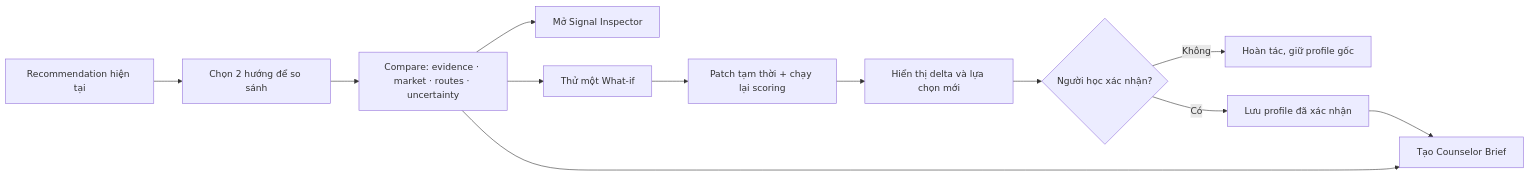
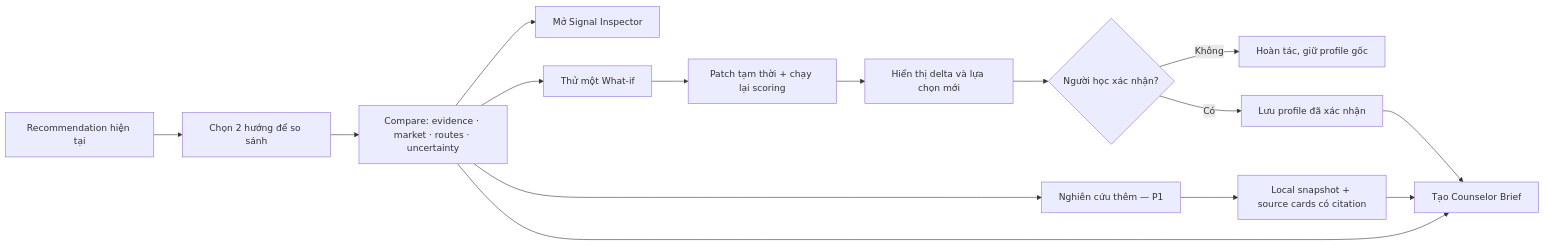
Before and after one commit to MRXz194/TitanHack_Careercompass: the first of 2 diagrams in docs/next/DAY3_PLAN.md, drawn with Mermaid. The commit also changed other lines of this file and 5 other files, not shown here.

````diff
--- a/docs/next/DAY3_PLAN.md
+++ b/docs/next/DAY3_PLAN.md
@@ -56,14 +71,17 @@
 ```mermaid
 flowchart LR
     A["Recommendation hiện tại"] --> B["Chọn 2 hướng để so sánh"]
     B --> C["Compare: evidence · market · routes · uncertainty"]
     C --> D["Mở Signal Inspector"]
     C --> E["Thử một What-if"]
+    C --> R["Nghiên cứu thêm — P1"]
+    R --> S["Local snapshot + source cards có citation"]
     E --> F["Patch tạm thời + chạy lại scoring"]
     F --> G["Hiển thị delta và lựa chọn mới"]
     G --> H{"Người học xác nhận?"}
     H -->|Không| I["Hoàn tác, giữ profile gốc"]
     H -->|Có| J["Lưu profile đã xác nhận"]
     C --> K["Tạo Counselor Brief"]
+    S --> K
     J --> K
 ```
````
